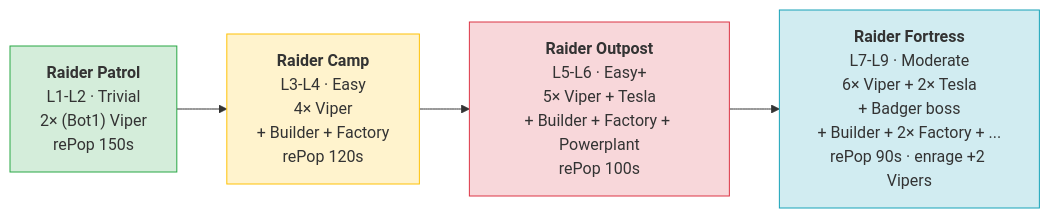
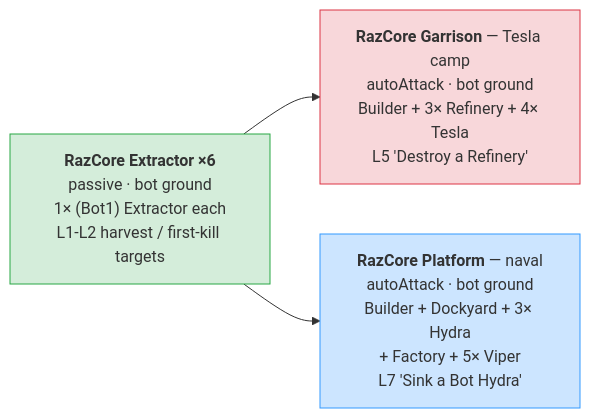
The third of 5 diagrams in docs/game-design/phase-1-plan.md (Razarion/razarion), drawn with Mermaid before and after one commit. The commit also changed other lines of this file and 16 other files, not shown here.

````diff
--- a/docs/game-design/phase-1-plan.md
+++ b/docs/game-design/phase-1-plan.md
@@ -234,12 +259,11 @@
 ```mermaid
 flowchart LR
-    P["<b>Raider Patrol</b><br/>L1-L2 · Trivial<br/>2× (Bot1) Viper<br/>rePop 150s"]
-    C["<b>Raider Camp</b><br/>L3-L4 · Easy<br/>4× Viper<br/>+ Builder + Factory<br/>rePop 120s"]
-    O["<b>Raider Outpost</b><br/>L5-L6 · Easy+<br/>5× Viper + Tesla<br/>+ Builder + Factory + Powerplant<br/>rePop 100s"]
-    F["<b>Raider Fortress</b><br/>L7-L9 · Moderate<br/>6× Viper + 2× Tesla<br/>+ Badger boss<br/>+ Builder + 2× Factory + ...<br/>rePop 90s · enrage +2 Vipers"]
-    P --> C --> O --> F
-    style P fill:#d4edda,stroke:#28a745
-    style C fill:#fff3cd,stroke:#ffc107
-    style O fill:#f8d7da,stroke:#dc3545
-    style F fill:#d1ecf1,stroke:#17a2b8
+    R["<b>RazCore Extractor ×6</b><br/>passive · bot ground<br/>1× (Bot1) Extractor each<br/>L1-L2 harvest / first-kill targets"]
+    T["<b>RazCore Garrison</b> — Tesla camp<br/>autoAttack · bot ground<br/>Builder + 3× Refinery + 4× Tesla<br/>L5 'Destroy a Refinery'"]
+    W["<b>RazCore Platform</b> — naval<br/>autoAttack · bot ground<br/>Builder + Dockyard + 3× Hydra<br/>+ Factory + 5× Viper<br/>L7 'Sink a Bot Hydra'"]
+    R --> T
+    R --> W
+    style R fill:#d4edda,stroke:#28a745
+    style T fill:#f8d7da,stroke:#dc3545
+    style W fill:#cce5ff,stroke:#3399ff
 ```
````
